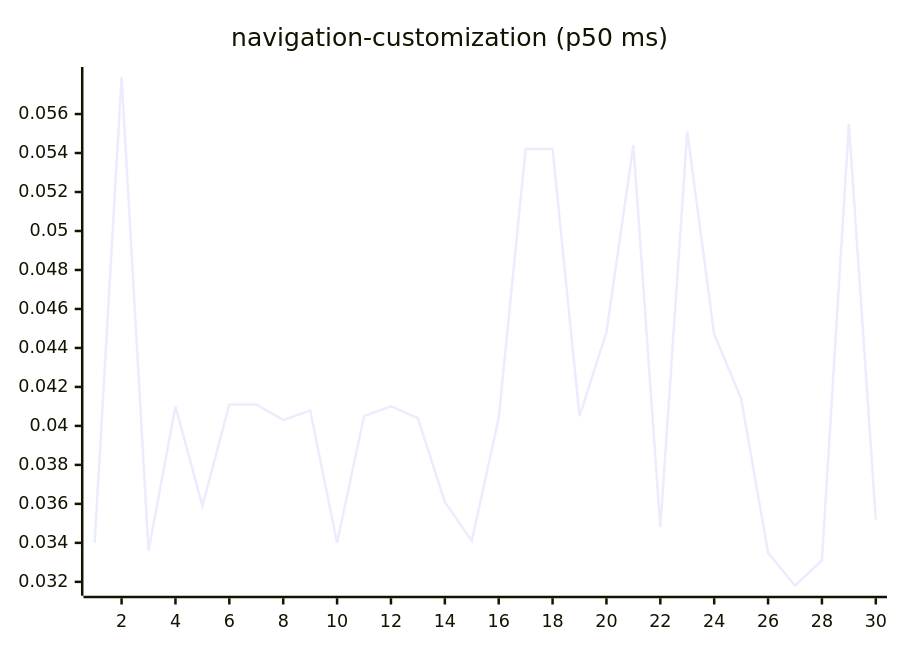
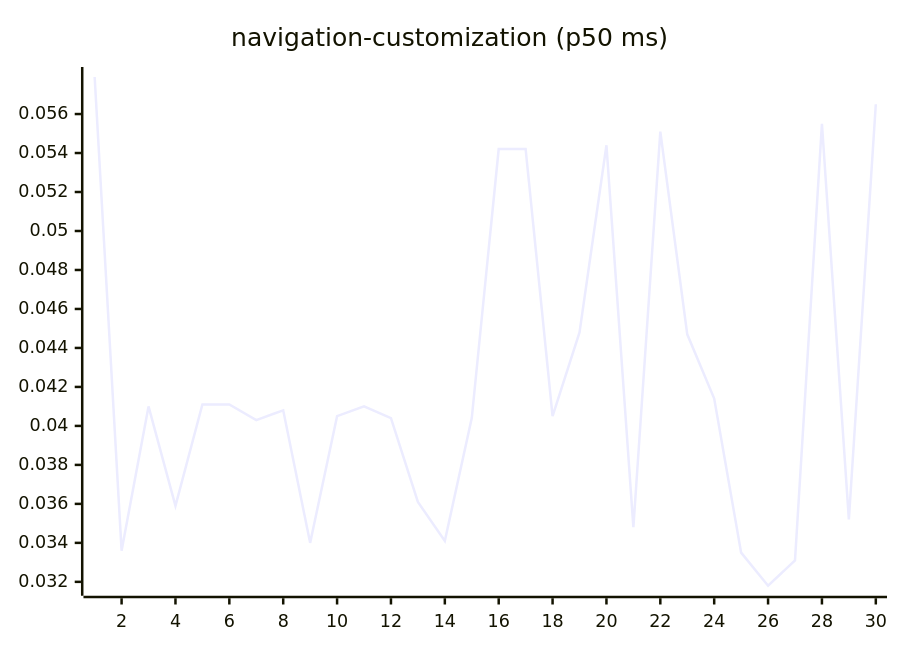
One commit to josha/Facet changed diagram 15 of 27 in README.md. Above: the diagram before and after it, drawn with Mermaid. The commit also changed other lines of this file and 2 other files, not shown here.

````diff
--- a/README.md
+++ b/README.md
@@ -161,6 +161,6 @@
 ```mermaid
 xychart-beta
     title "navigation-customization (p50 ms)"
     x-axis 1 --> 30
-    line [0.0340, 0.0579, 0.0336, 0.0410, 0.0359, 0.0411, 0.0411, 0.0403, 0.0408, 0.0340, 0.0405, 0.0410, 0.0404, 0.0361, 0.0341, 0.0404, 0.0542, 0.0542, 0.0405, 0.0448, 0.0544, 0.0348, 0.0551, 0.0447, 0.0414, 0.0335, 0.0318, 0.0331, 0.0555, 0.0352]
+    line [0.0579, 0.0336, 0.0410, 0.0359, 0.0411, 0.0411, 0.0403, 0.0408, 0.0340, 0.0405, 0.0410, 0.0404, 0.0361, 0.0341, 0.0404, 0.0542, 0.0542, 0.0405, 0.0448, 0.0544, 0.0348, 0.0551, 0.0447, 0.0414, 0.0335, 0.0318, 0.0331, 0.0555, 0.0352, 0.0565]
 ```
````
